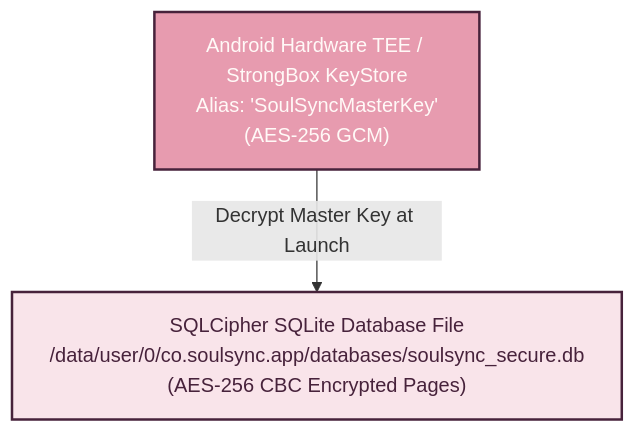
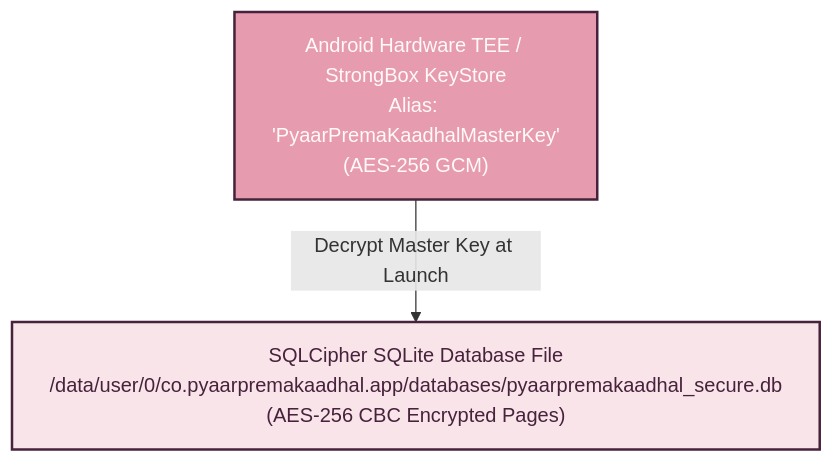
One commit to Kanishkar843/Team-CodeRed-System-Design-IQOO changed the second of 2 diagrams in docs/system-design/03-data-model.md. Above: the diagram before and after it, drawn with Mermaid. The commit also changed 13 other files, not shown here.

Commit message:
refactor(system-design): update branding to PyaarPremaKaadhal, add Hackathon Build Scope, and clean root README

````diff
--- a/docs/system-design/03-data-model.md
+++ b/docs/system-design/03-data-model.md
@@ -139,7 +139,7 @@
 ```mermaid
 graph TD
     classDef key fill:#E79BAF,stroke:#47223B,stroke-width:2px,color:#FFF9F7;
     classDef db fill:#F9E4EA,stroke:#47223B,stroke-width:2px,color:#47223B;
 
-    TEE["Android Hardware TEE / StrongBox KeyStore<br/>Alias: 'SoulSyncMasterKey'<br/>(AES-256 GCM)"]:::key -->|Decrypt Master Key at Launch| Room["SQLCipher SQLite Database File<br/>/data/user/0/co.soulsync.app/databases/soulsync_secure.db<br/>(AES-256 CBC Encrypted Pages)"]:::db
+    TEE["Android Hardware TEE / StrongBox KeyStore<br/>Alias: 'PyaarPremaKaadhalMasterKey'<br/>(AES-256 GCM)"]:::key -->|Decrypt Master Key at Launch| Room["SQLCipher SQLite Database File<br/>/data/user/0/co.pyaarpremakaadhal.app/databases/pyaarpremakaadhal_secure.db<br/>(AES-256 CBC Encrypted Pages)"]:::db
 ```
````
